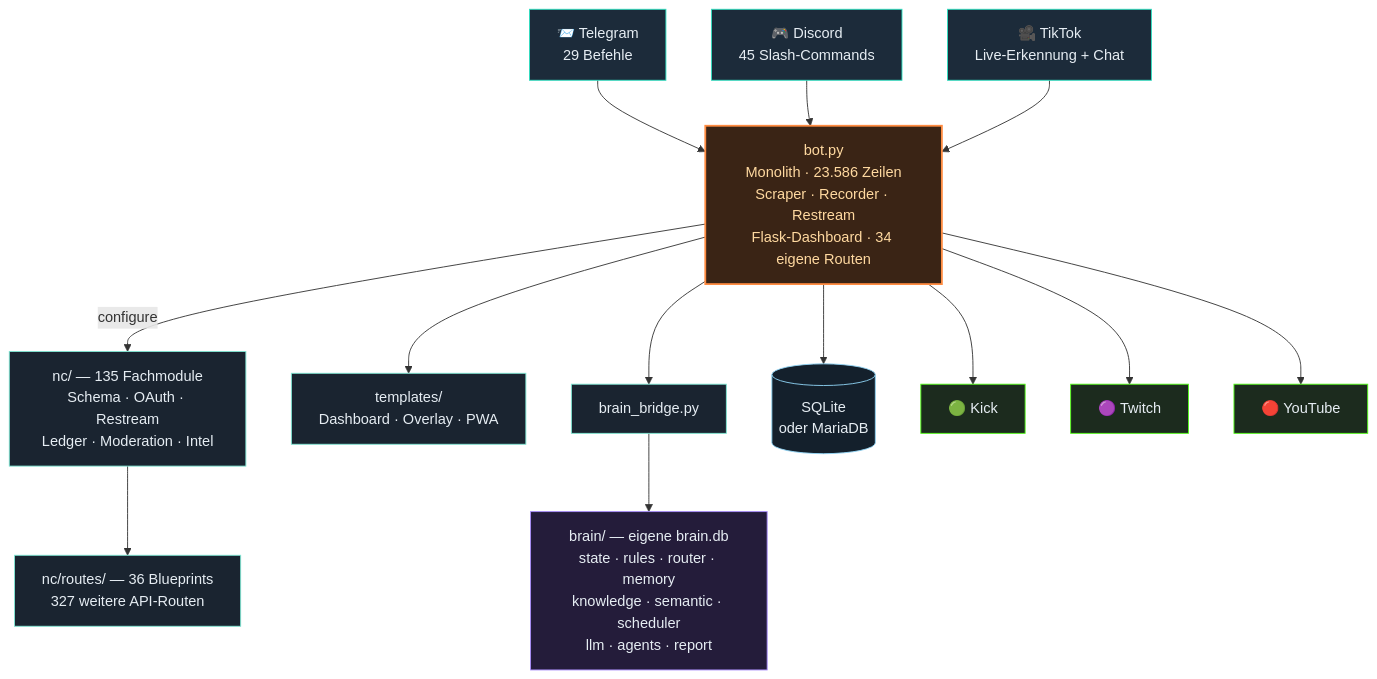
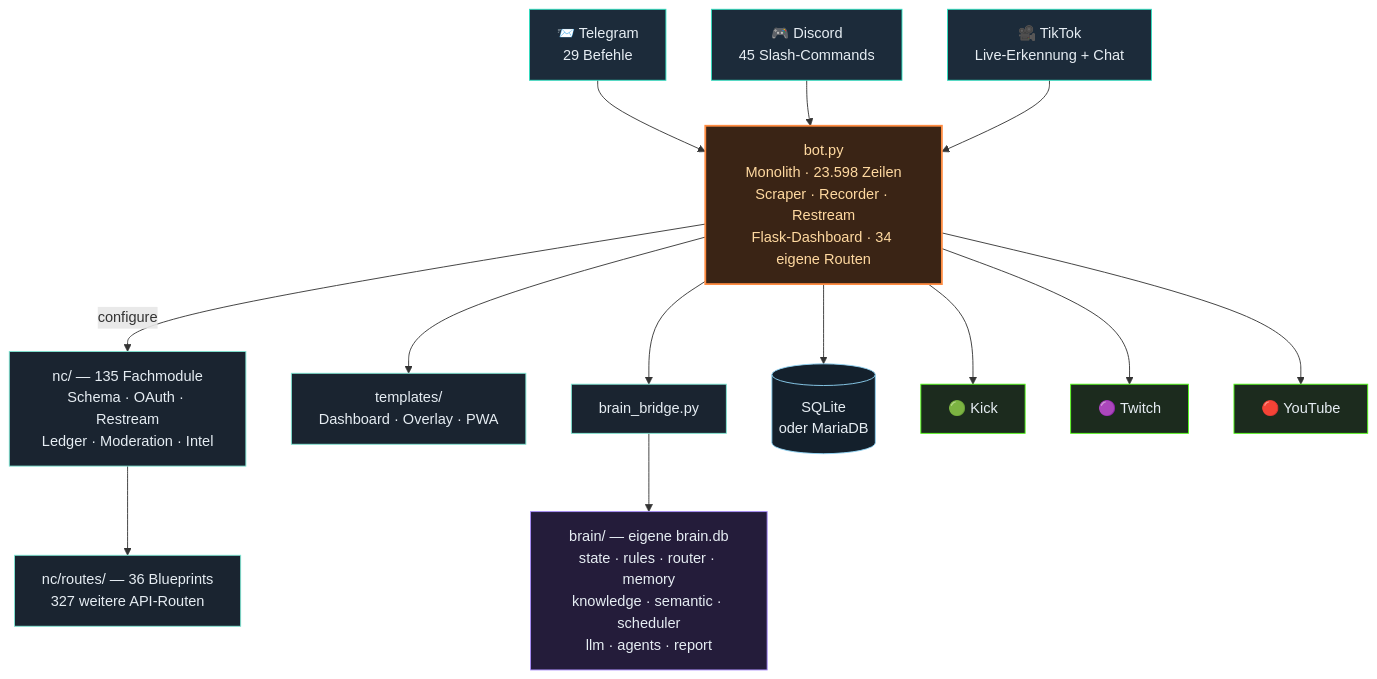
Before and after one commit to itsamemedev/Telegram-Stream-Info-Bot: the third of 4 diagrams in README.md, drawn with Mermaid. The commit also changed other lines of this file and 12 other files, not shown here.

````diff
--- a/README.md
+++ b/README.md
@@ -189,30 +189,30 @@
 ```mermaid
 flowchart TB
     TG["📨 Telegram<br/>29 Befehle"]:::ein
     DC["🎮 Discord<br/>45 Slash-Commands"]:::ein
     TT["🎥 TikTok<br/>Live-Erkennung + Chat"]:::ein
 
     TG --> BOT
     DC --> BOT
     TT --> BOT
 
-    BOT["bot.py<br/>Monolith · 23.586 Zeilen<br/>Scraper · Recorder · Restream<br/>Flask-Dashboard · 34 eigene Routen"]:::core
+    BOT["bot.py<br/>Monolith · 23.598 Zeilen<br/>Scraper · Recorder · Restream<br/>Flask-Dashboard · 34 eigene Routen"]:::core
 
     BOT -->|configure| NC["nc/ — 135 Fachmodule<br/>Schema · OAuth · Restream<br/>Ledger · Moderation · Intel"]:::lib
     NC --> RT["nc/routes/ — 36 Blueprints<br/>327 weitere API-Routen"]:::lib
     BOT --> TPL["templates/<br/>Dashboard · Overlay · PWA"]:::lib
     BOT --> BR["brain_bridge.py"]:::lib
     BR --> BRAIN["brain/ — eigene brain.db<br/>state · rules · router · memory<br/>knowledge · semantic · scheduler<br/>llm · agents · report"]:::brain
     BOT --> DB[("SQLite<br/>oder MariaDB")]:::db
 
     BOT --> KICK["🟢 Kick"]:::out
     BOT --> TW["🟣 Twitch"]:::out
     BOT --> YT["🔴 YouTube"]:::out
 
     classDef ein fill:#1c2b3a,stroke:#2de1c2,color:#e6edf3
     classDef core fill:#3a2415,stroke:#ff8c42,stroke-width:2px,color:#ffd9a0
     classDef lib fill:#1a2430,stroke:#7fe7d4,color:#e6edf3
     classDef brain fill:#241c3a,stroke:#a78bfa,color:#e6edf3
     classDef db fill:#14202c,stroke:#8fd3f4,color:#e6edf3
     classDef out fill:#1c2b1e,stroke:#53fc18,color:#e6edf3
 ```
````
